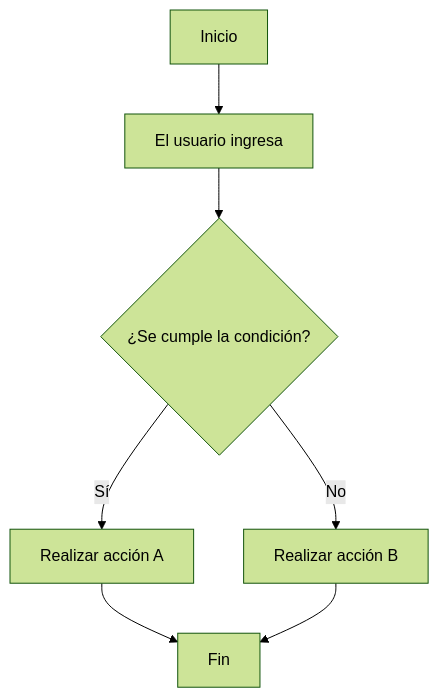
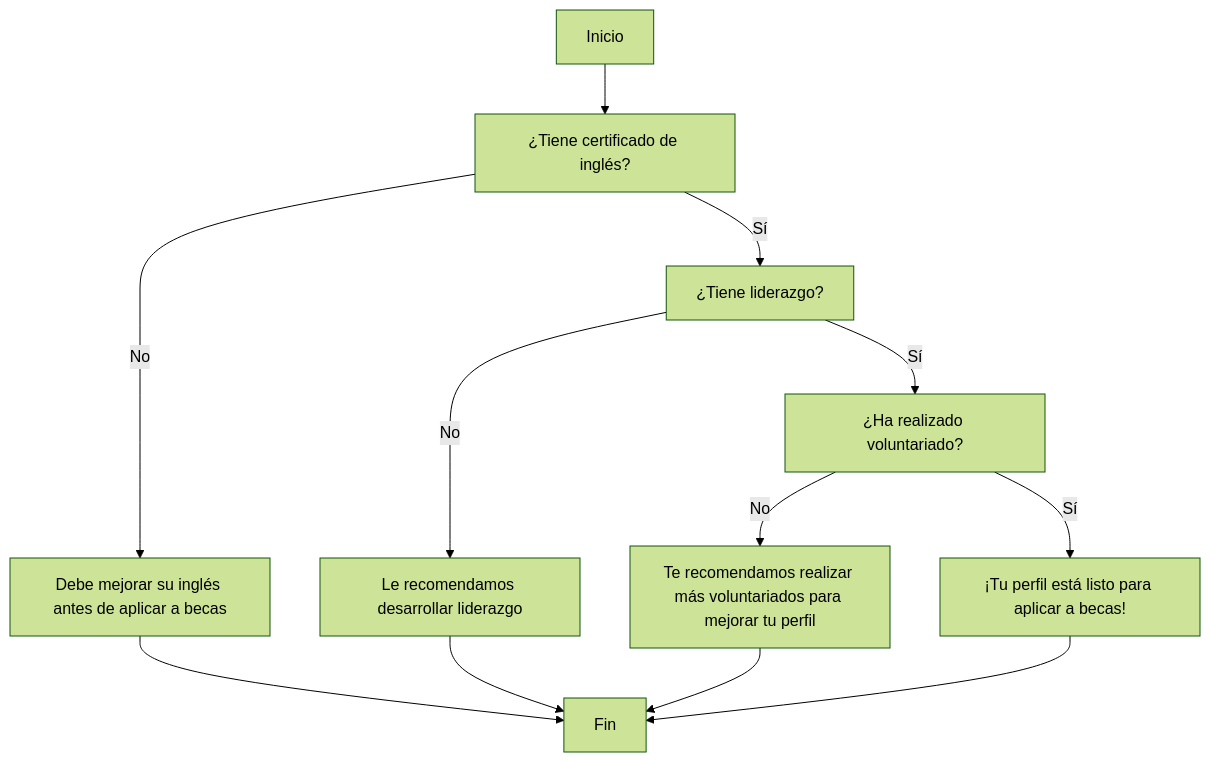
The diagram in Docs/MariaPaula.md (BenjaJSH1906-pixel/proyectos_emprendimiento_logica_scratch), drawn with Mermaid (forest theme) before and after one commit. The commit also changed other lines of this file, not shown here.

````diff
--- a/Docs/MariaPaula.md
+++ b/Docs/MariaPaula.md
@@ -11,9 +11,18 @@
 ```mermaid
 flowchart TD
-    A[Inicio] --> B[El usuario ingresa <dato>]
-    B --> C{¿Se cumple la condición?}
-    C -- Sí --> D[Realizar acción A]
-    C -- No --> E[Realizar acción B]
-    D --> F[Fin]
-    E --> F
+    A[Inicio] --> B[¿Tiene certificado de inglés?]
+
+    B -- Sí --> C[¿Tiene liderazgo?]
+    B -- No --> D[Debe mejorar su inglés antes de aplicar a becas]
+    D --> Z[Fin]
+
+    C -- Sí --> E[¿Ha realizado voluntariado?]
+    C -- No --> F[Le recomendamos desarrollar liderazgo]
+    F --> Z
+
+    E -- Sí --> G[¡Tu perfil está listo para aplicar a becas!]
+    E -- No --> H[Te recomendamos realizar más voluntariados para mejorar tu perfil]
+    H --> Z
+
+    G --> Z
 ```
````
